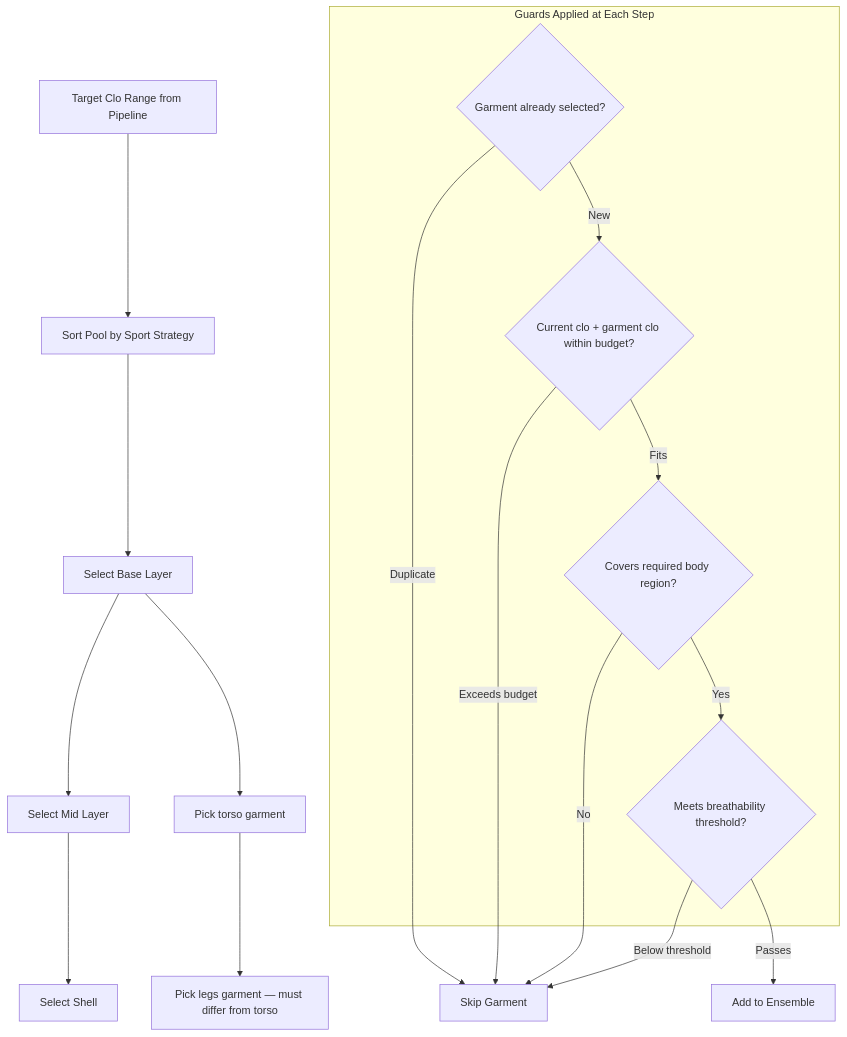
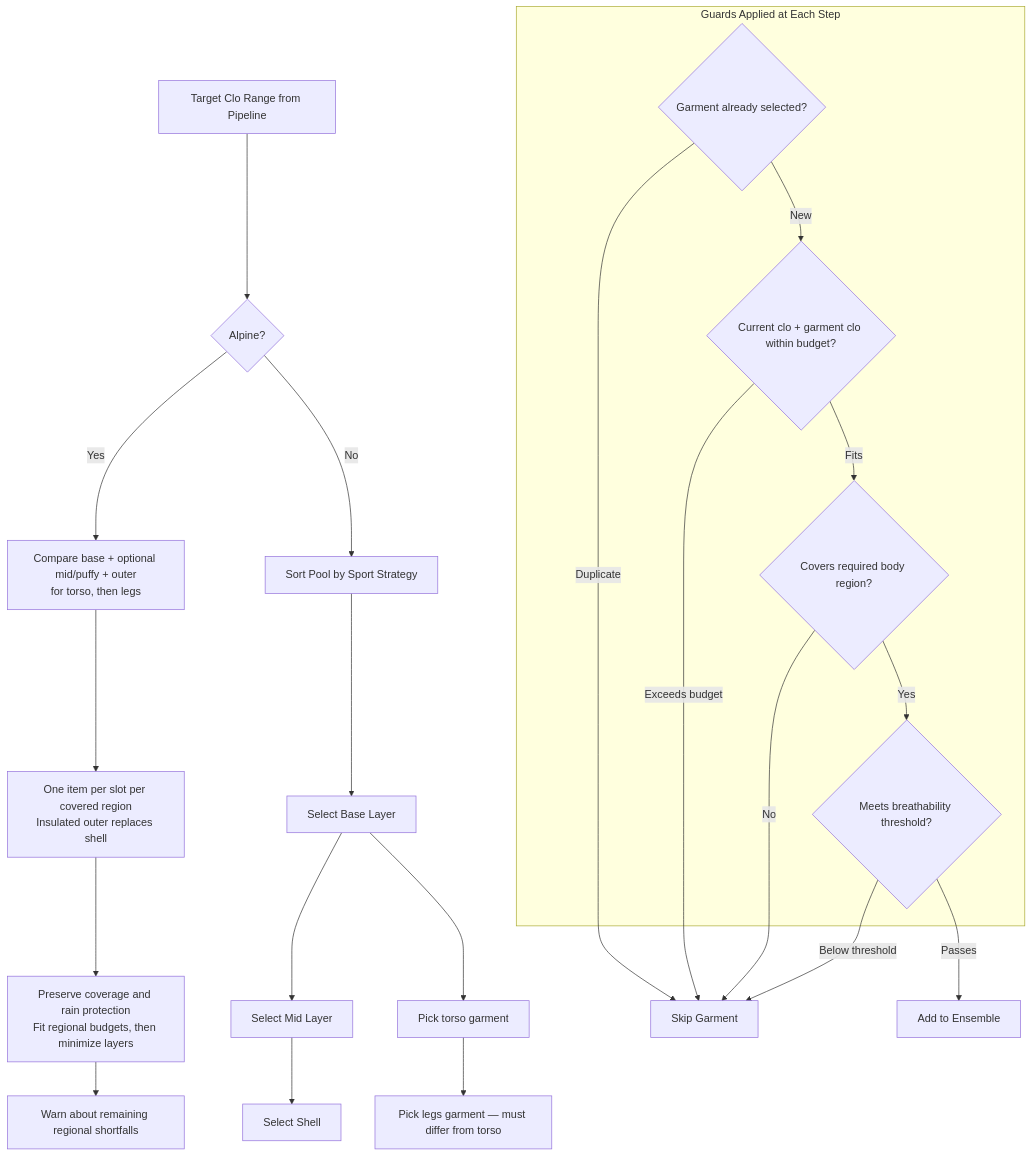
One commit to derobertsw/swttr changed the third of 6 diagrams in README.md. Above: the diagram before and after it, drawn with Mermaid. The commit also changed other lines of this file and 6 other files, not shown here.

Commit message:
Fix alpine layer stacking with regional outfit limits

````diff
--- a/README.md
+++ b/README.md
@@ -128,26 +128,31 @@
 ```mermaid
 graph TD
-    START[Target Clo Range from Pipeline] --> SORT[Sort Pool by Sport Strategy]
+    START[Target Clo Range from Pipeline] --> SPORT{Alpine?}
+    SPORT -->|Yes| COMB[Compare base + optional mid/puffy + outer<br/>for torso, then legs]
+    COMB --> CAP[One item per slot per covered region<br/>Insulated outer replaces shell]
+    CAP --> REG[Preserve coverage and rain protection<br/>Fit regional budgets, then minimize layers]
+    REG --> WARN[Warn about remaining regional shortfalls]
+    SPORT -->|No| SORT[Sort Pool by Sport Strategy]
     SORT --> BASE[Select Base Layer]
     BASE --> MID[Select Mid Layer]
     MID --> SHELL[Select Shell]
 
     BASE --> T1[Pick torso garment]
     T1 --> L1[Pick legs garment — must differ from torso]
 
     subgraph "Guards Applied at Each Step"
         G1{Garment already selected?}
         G2{Current clo + garment clo within budget?}
         G3{Covers required body region?}
         G4{Meets breathability threshold?}
     end
 
     G1 -->|Duplicate| SKIP[Skip Garment]
     G1 -->|New| G2
     G2 -->|Exceeds budget| SKIP
     G2 -->|Fits| G3
     G3 -->|No| SKIP
     G3 -->|Yes| G4
     G4 -->|Below threshold| SKIP
     G4 -->|Passes| ADD[Add to Ensemble]
 ```
````
